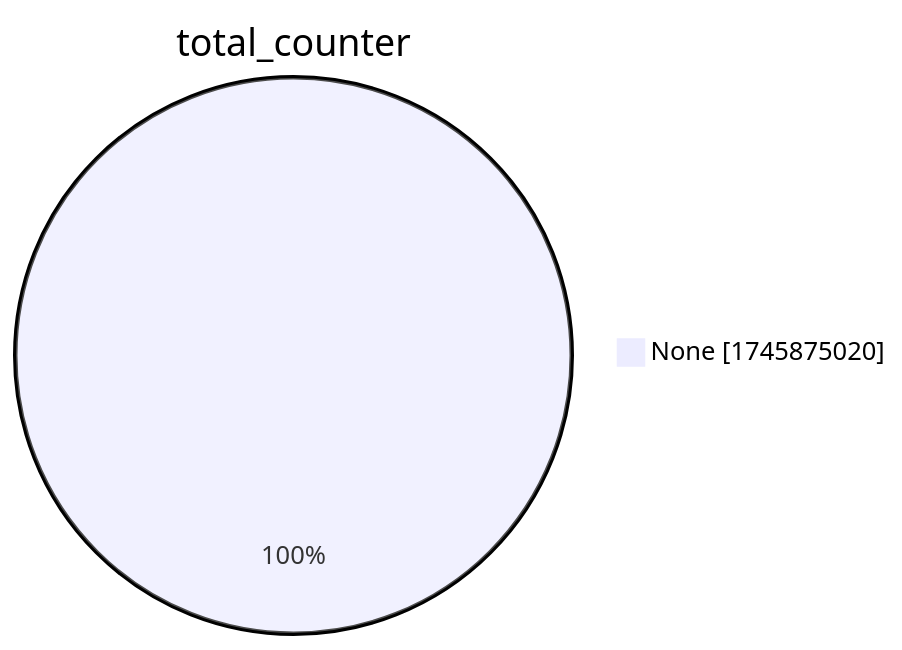
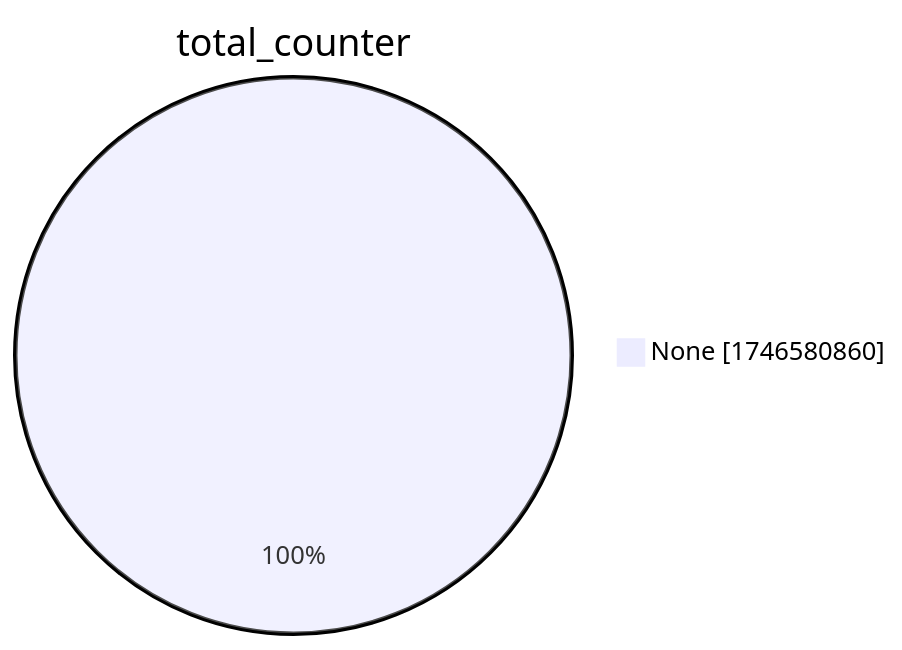
One commit to christiankrug/ctmonitor_visualization changed the second of 15 diagrams in xenon2022/README.md. Above: the diagram before and after it, drawn with Mermaid. The commit also changed other lines of this file, not shown here.

````diff
--- a/xenon2022/README.md
+++ b/xenon2022/README.md
@@ -9,5 +9,5 @@
 ```mermaid
 pie showData
 title total_counter
-"None" :1745875020
+"None" :1746580860
 ```
````
